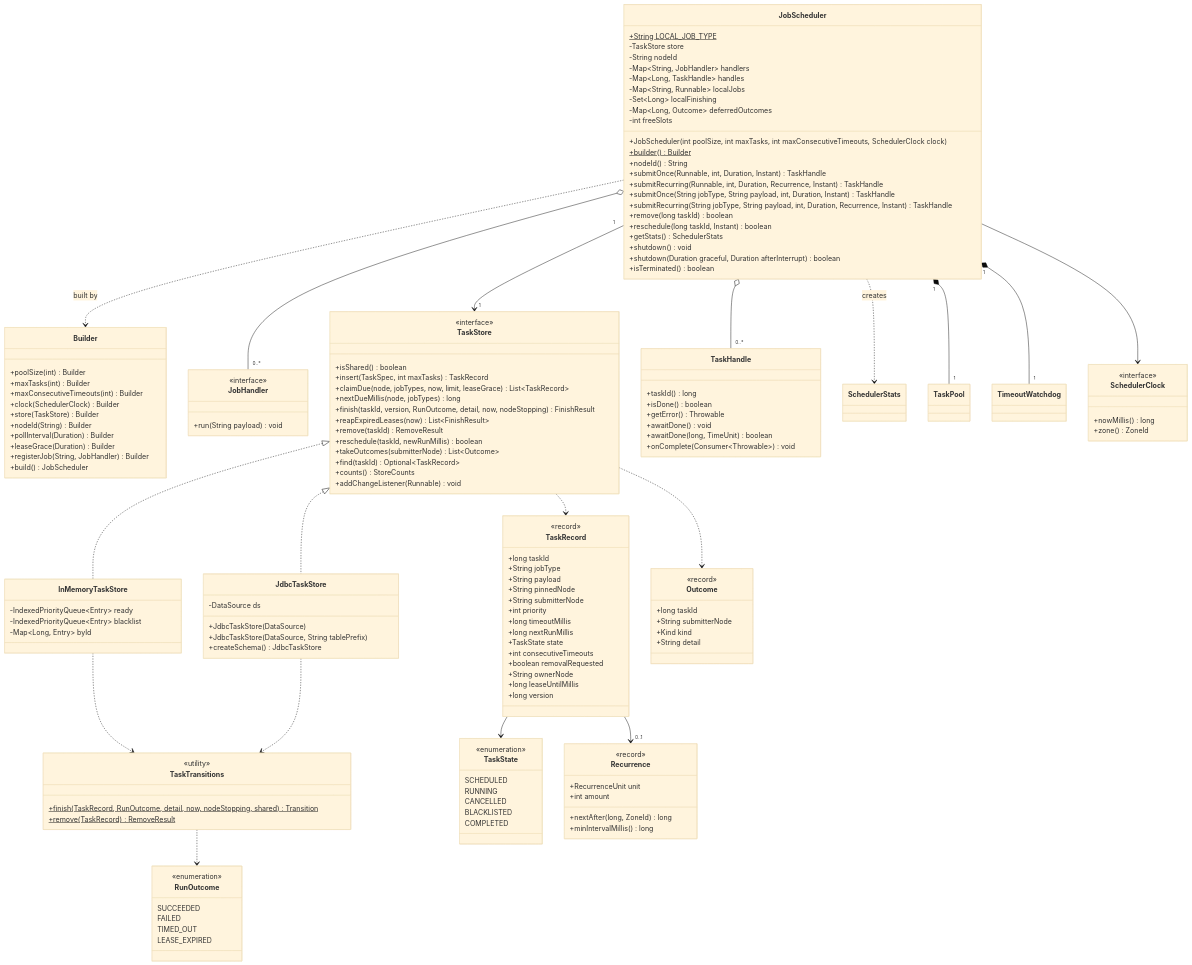
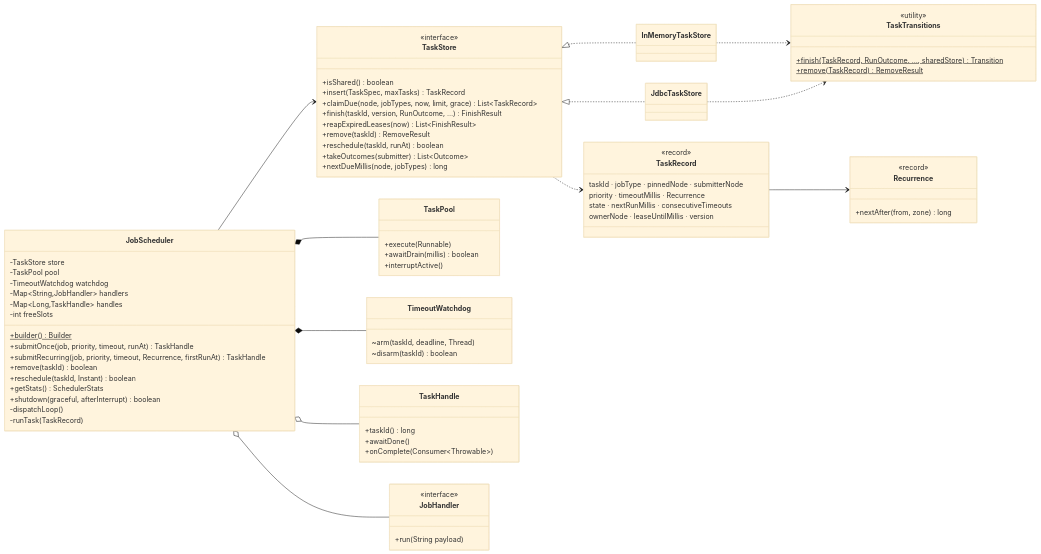
One commit to deyindra/System_Design changed the fourth of 9 diagrams in scheduler/README.md. Above: the diagram before and after it, drawn with Mermaid (base theme). The commit also changed other lines of this file and 4 other files, not shown here.

````diff
--- a/scheduler/README.md
+++ b/scheduler/README.md
@@ -383,168 +274,81 @@
 ```mermaid
 classDiagram
-    direction TB
-
+    direction LR
     class JobScheduler {
-        +String LOCAL_JOB_TYPE$
         -TaskStore store
-        -String nodeId
-        -Map~String, JobHandler~ handlers
-        -Map~Long, TaskHandle~ handles
-        -Map~String, Runnable~ localJobs
-        -Set~Long~ localFinishing
-        -Map~Long, Outcome~ deferredOutcomes
+        -TaskPool pool
+        -TimeoutWatchdog watchdog
+        -Map~String,JobHandler~ handlers
+        -Map~Long,TaskHandle~ handles
         -int freeSlots
-        +JobScheduler(int poolSize, int maxTasks, int maxConsecutiveTimeouts, SchedulerClock clock)
         +builder()$ Builder
-        +nodeId() String
-        +submitOnce(Runnable, int, Duration, Instant) TaskHandle
-        +submitRecurring(Runnable, int, Duration, Recurrence, Instant) TaskHandle
-        +submitOnce(String jobType, String payload, int, Duration, Instant) TaskHandle
-        +submitRecurring(String jobType, String payload, int, Duration, Recurrence, Instant) TaskHandle
-        +remove(long taskId) boolean
-        +reschedule(long taskId, Instant) boolean
+        +submitOnce(job, priority, timeout, runAt) TaskHandle
+        +submitRecurring(job, priority, timeout, Recurrence, firstRunAt) TaskHandle
+        +remove(taskId) boolean
+        +reschedule(taskId, Instant) boolean
         +getStats() SchedulerStats
-        +shutdown() void
-        +shutdown(Duration graceful, Duration afterInterrupt) boolean
-        +isTerminated() boolean
+        +shutdown(graceful, afterInterrupt) boolean
+        -dispatchLoop()
+        -runTask(TaskRecord)
     }
-
-    class Builder {
-        +poolSize(int) Builder
-        +maxTasks(int) Builder
-        +maxConsecutiveTimeouts(int) Builder
-        +clock(SchedulerClock) Builder
-        +store(TaskStore) Builder
-        +nodeId(String) Builder
-        +pollInterval(Duration) Builder
-        +leaseGrace(Duration) Builder
-        +registerJob(String, JobHandler) Builder
-        +build() JobScheduler
-    }
-
-    class JobHandler {
-        <<interface>>
-        +run(String payload) void
-    }
-
     class TaskStore {
         <<interface>>
         +isShared() boolean
-        +insert(TaskSpec, int maxTasks) TaskRecord
-        +claimDue(node, jobTypes, now, limit, leaseGrace) List~TaskRecord~
-        +nextDueMillis(node, jobTypes) long
-        +finish(taskId, version, RunOutcome, detail, now, nodeStopping) FinishResult
+        +insert(TaskSpec, maxTasks) TaskRecord
+        +claimDue(node, jobTypes, now, limit, grace) List~TaskRecord~
+        +finish(taskId, version, RunOutcome, …) FinishResult
         +reapExpiredLeases(now) List~FinishResult~
         +remove(taskId) RemoveResult
-        +reschedule(taskId, newRunMillis) boolean
-        +takeOutcomes(submitterNode) List~Outcome~
-        +find(taskId) Optional~TaskRecord~
-        +counts() StoreCounts
-        +addChangeListener(Runnable) void
+        +reschedule(taskId, runAt) boolean
+        +takeOutcomes(submitter) List~Outcome~
+        +nextDueMillis(node, jobTypes) long
+    }
+    class TaskTransitions {
+        <<utility>>
+        +finish(TaskRecord, RunOutcome, …, sharedStore)$ Transition
+        +remove(TaskRecord)$ RemoveResult
+    }
+    class TaskRecord {
+        <<record>>
+        taskId · jobType · pinnedNode · submitterNode
+        priority · timeoutMillis · Recurrence
+        state · nextRunMillis · consecutiveTimeouts
+        ownerNode · leaseUntilMillis · version
+    }
+    class InMemoryTaskStore
+    class JdbcTaskStore
+    class TaskPool {
+        +execute(Runnable)
+        +awaitDrain(millis) boolean
+        +interruptActive()
+    }
+    class TimeoutWatchdog {
+        ~arm(taskId, deadline, Thread)
+        ~disarm(taskId) boolean
+    }
+    class TaskHandle {
+        +taskId() long
+        +awaitDone()
+        +onComplete(Consumer~Throwable~)
+    }
+    class Recurrence {
+        <<record>>
+        +nextAfter(from, zone) long
+    }
+    class JobHandler {
+        <<interface>>
+        +run(String payload)
     }
 
-    class InMemoryTaskStore {
-        -IndexedPriorityQueue~Entry~ ready
-        -IndexedPriorityQueue~Entry~ blacklist
-        -Map~Long, Entry~ byId
-    }
-
-    class JdbcTaskStore {
-        -DataSource ds
-        +JdbcTaskStore(DataSource)
-        +JdbcTaskStore(DataSource, String tablePrefix)
-        +createSchema() JdbcTaskStore
-    }
-
-    class TaskTransitions {
-        <<utility>>
-        +finish(TaskRecord, RunOutcome, detail, now, nodeStopping, shared)$ Transition
-        +remove(TaskRecord)$ RemoveResult
-    }
-
-    class TaskRecord {
-        <<record>>
-        +long taskId
-        +String jobType
-        +String payload
-        +String pinnedNode
-        +String submitterNode
-        +int priority
-        +long timeoutMillis
-        +long nextRunMillis
-        +TaskState state
-        +int consecutiveTimeouts
-        +boolean removalRequested
-        +String ownerNode
-        +long leaseUntilMillis
-        +long version
-    }
-
-    class TaskState {
-        <<enumeration>>
-        SCHEDULED
-        RUNNING
-        CANCELLED
-        BLACKLISTED
-        COMPLETED
-    }
-
-    class RunOutcome {
-        <<enumeration>>
-        SUCCEEDED
-        FAILED
-        TIMED_OUT
-        LEASE_EXPIRED
-    }
-
-    class Outcome {
-        <<record>>
-        +long taskId
-        +String submitterNode
-        +Kind kind
-        +String detail
-    }
-
-    class TaskHandle {
-        +taskId() long
-        +isDone() boolean
-        +getError() Throwable
-        +awaitDone() void
-        +awaitDone(long, TimeUnit) boolean
-        +onComplete(Consumer~Throwable~) void
-    }
-
-    class SchedulerStats
-    class TaskPool
-    class TimeoutWatchdog
-    class Recurrence {
-        <<record>>
-        +RecurrenceUnit unit
-        +int amount
-        +nextAfter(long, ZoneId) long
-        +minIntervalMillis() long
-    }
-    class SchedulerClock {
-        <<interface>>
-        +nowMillis() long
-        +zone() ZoneId
-    }
-
-    JobScheduler ..> Builder : built by
-    JobScheduler "1" --> "1" TaskStore
-    JobScheduler "1" *-- "1" TaskPool
-    JobScheduler "1" *-- "1" TimeoutWatchdog
-    JobScheduler o-- "0..*" JobHandler
-    JobScheduler o-- "0..*" TaskHandle
-    JobScheduler ..> SchedulerStats : creates
-    JobScheduler --> SchedulerClock
+    JobScheduler --> TaskStore
+    JobScheduler *-- TaskPool
+    JobScheduler *-- TimeoutWatchdog
+    JobScheduler o-- TaskHandle
+    JobScheduler o-- JobHandler
     TaskStore <|.. InMemoryTaskStore
     TaskStore <|.. JdbcTaskStore
     InMemoryTaskStore ..> TaskTransitions
     JdbcTaskStore ..> TaskTransitions
     TaskStore ..> TaskRecord
-    TaskStore ..> Outcome
-    TaskTransitions ..> RunOutcome
-    TaskRecord --> TaskState
-    TaskRecord --> "0..1" Recurrence
+    TaskRecord --> Recurrence
 ```
````
